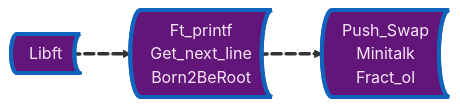
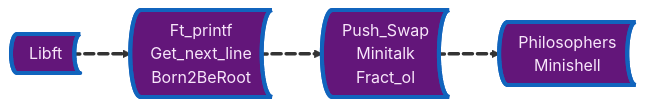
The diagram in README.md (joseo558/joseo558), drawn with Mermaid before and after one commit. The commit also changed other lines of this file, not shown here.

````diff
--- a/README.md
+++ b/README.md
@@ -34,11 +36,14 @@
 ```mermaid
 flowchart LR
     milestone0@{ shape: bow-rect, label: "Libft" }
     milestone1@{ shape: bow-rect, label: "Ft_printf<br/>Get_next_line<br/>Born2BeRoot" }
     milestone2@{ shape: bow-rect, label: "Push_Swap<br/>Minitalk<br/>Fract_ol" }
+    milestone3@{ shape: bow-rect, label: "Philosophers<br/>Minishell" }
     milestone0 e1@==> milestone1
     milestone1 e2@==> milestone2
+    milestone2 e3@==> milestone3
     e1@{ animate: true }
     e2@{ animate: true }
+    e3@{ animate: true }
     classDef default fill:#63167A,color:#F8E6FA,stroke:#1164BD,stroke-width:4px;
 ```
````
